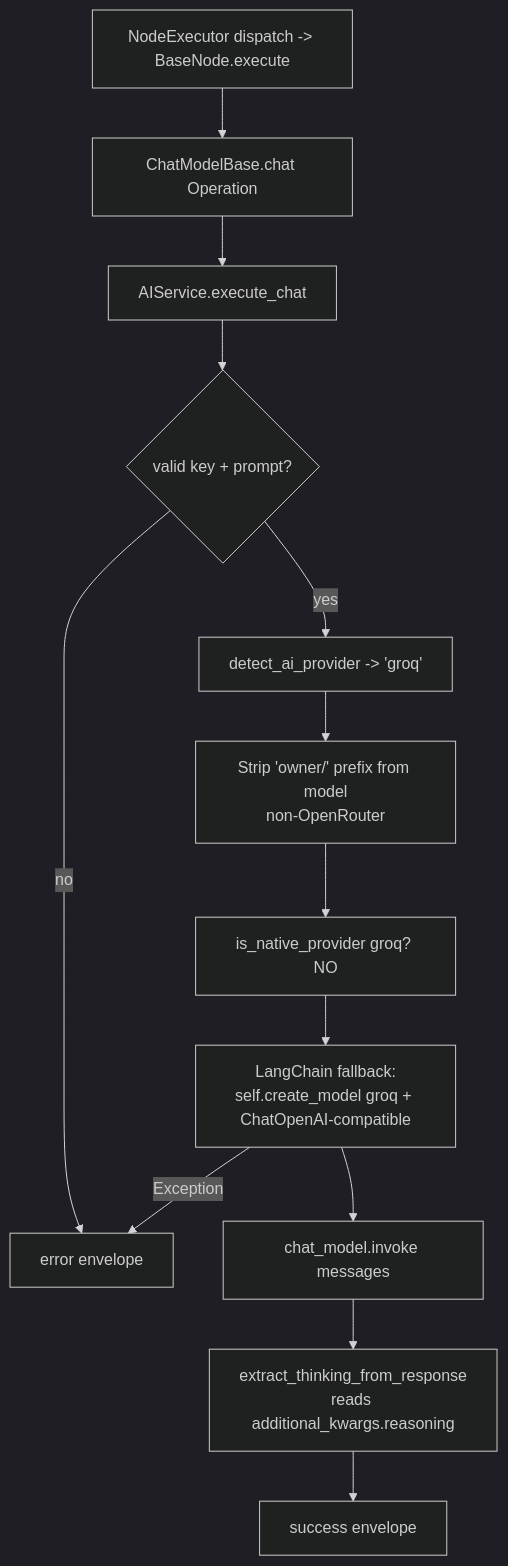
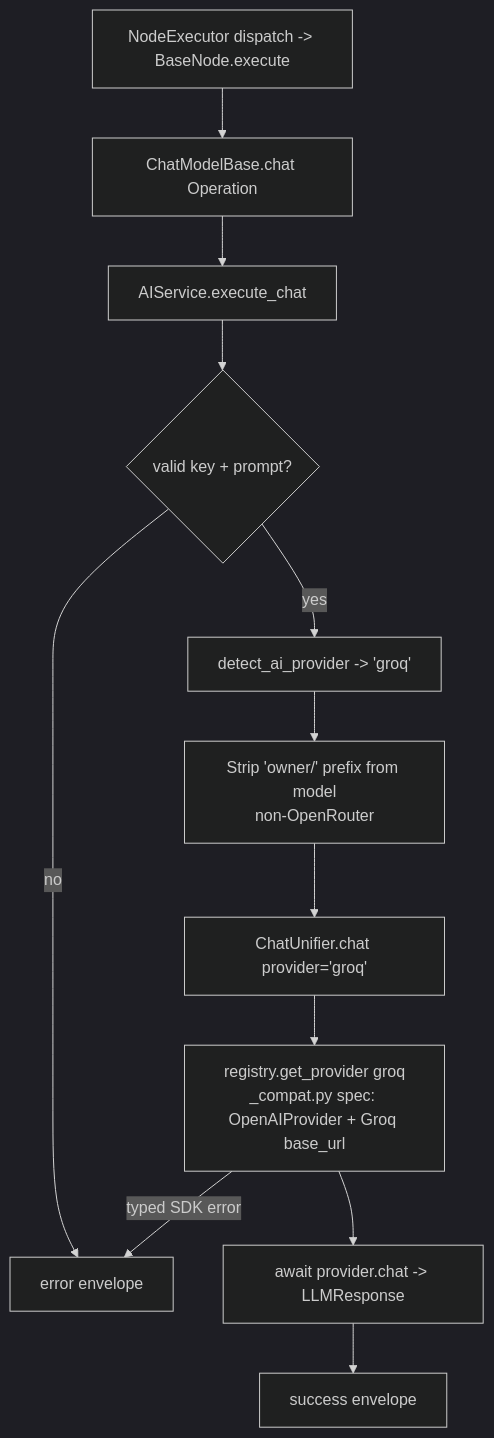
Before and after one commit to zeenie-ai/OpenCompany: the diagram in docs-internal/node-logic-flows/ai_chat_models/groqChatModel.md, drawn with Mermaid (dark theme). The commit also changed other lines of this file and 39 other files, not shown here.

````diff
--- a/docs-internal/node-logic-flows/ai_chat_models/groqChatModel.md
+++ b/docs-internal/node-logic-flows/ai_chat_models/groqChatModel.md
@@ -61,15 +61,14 @@
 ```mermaid
 flowchart TD
   A[NodeExecutor dispatch -> BaseNode.execute] --> B[ChatModelBase.chat Operation]
   B --> C[AIService.execute_chat]
   C --> D{valid key + prompt?}
   D -- no --> X[error envelope]
   D -- yes --> E[detect_ai_provider -> 'groq']
   E --> F[Strip 'owner/' prefix from model<br/>non-OpenRouter]
-  F --> G[is_native_provider groq? NO]
-  G --> H[LangChain fallback:<br/>self.create_model groq + ChatOpenAI-compatible]
-  H --> I[chat_model.invoke messages]
-  I --> J[extract_thinking_from_response<br/>reads additional_kwargs.reasoning]
-  J --> K[success envelope]
-  H -- Exception --> X
+  F --> G[ChatUnifier.chat provider='groq']
+  G --> H[registry.get_provider groq<br/>_compat.py spec: OpenAIProvider + Groq base_url]
+  H --> I[await provider.chat -> LLMResponse]
+  I --> K[success envelope]
+  H -- typed SDK error --> X
 ```
````
